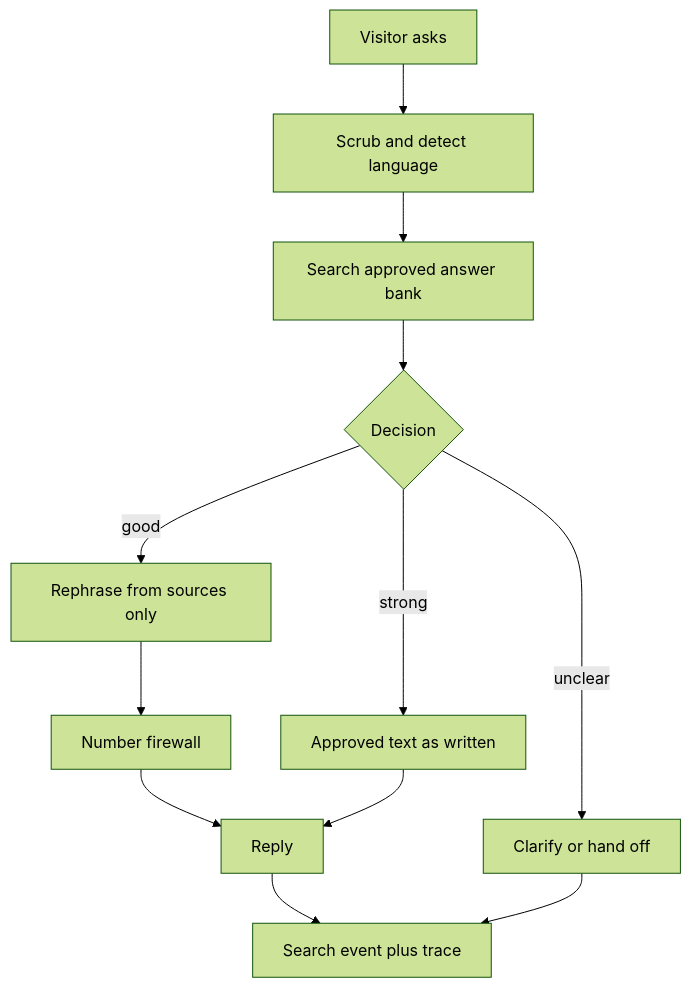
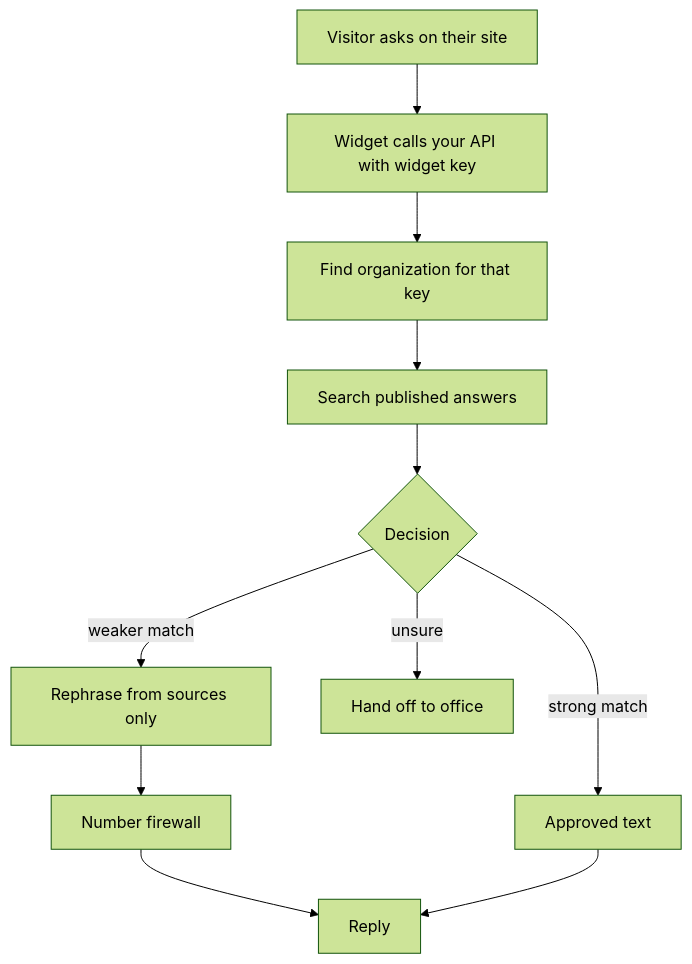
Before and after one commit to Alouzious/AMAKURU: the diagram in README.md, drawn with Mermaid (forest theme). The commit also changed other lines of this file, not shown here.

````diff
--- a/README.md
+++ b/README.md
@@ -32,14 +125,13 @@
 ```mermaid
 flowchart TD
-  A[Visitor asks] --> B[Scrub and detect language]
-  B --> C[Search approved answer bank]
-  C --> D{Decision}
-  D -->|strong| E[Approved text as written]
-  D -->|good| F[Rephrase from sources only]
-  F --> G[Number firewall]
-  G --> H[Reply]
-  E --> H
-  D -->|unclear| I[Clarify or hand off]
-  H --> J[Search event plus trace]
-  I --> J
+  A[Visitor asks on their site] --> B[Widget calls your API with widget key]
+  B --> C[Find organization for that key]
+  C --> D[Search published answers]
+  D --> E{Decision}
+  E -->|strong match| F[Approved text]
+  E -->|weaker match| G[Rephrase from sources only]
+  G --> H[Number firewall]
+  H --> I[Reply]
+  F --> I
+  E -->|unsure| J[Hand off to office]
 ```
````
